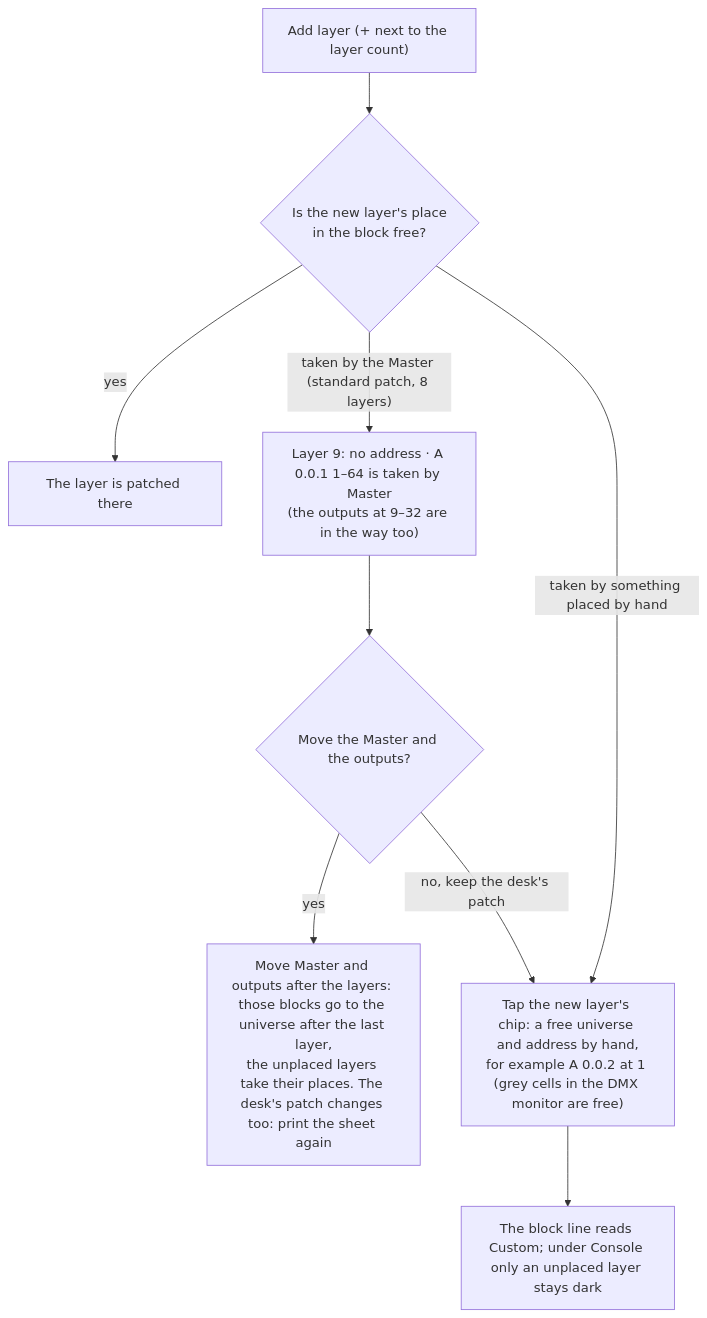
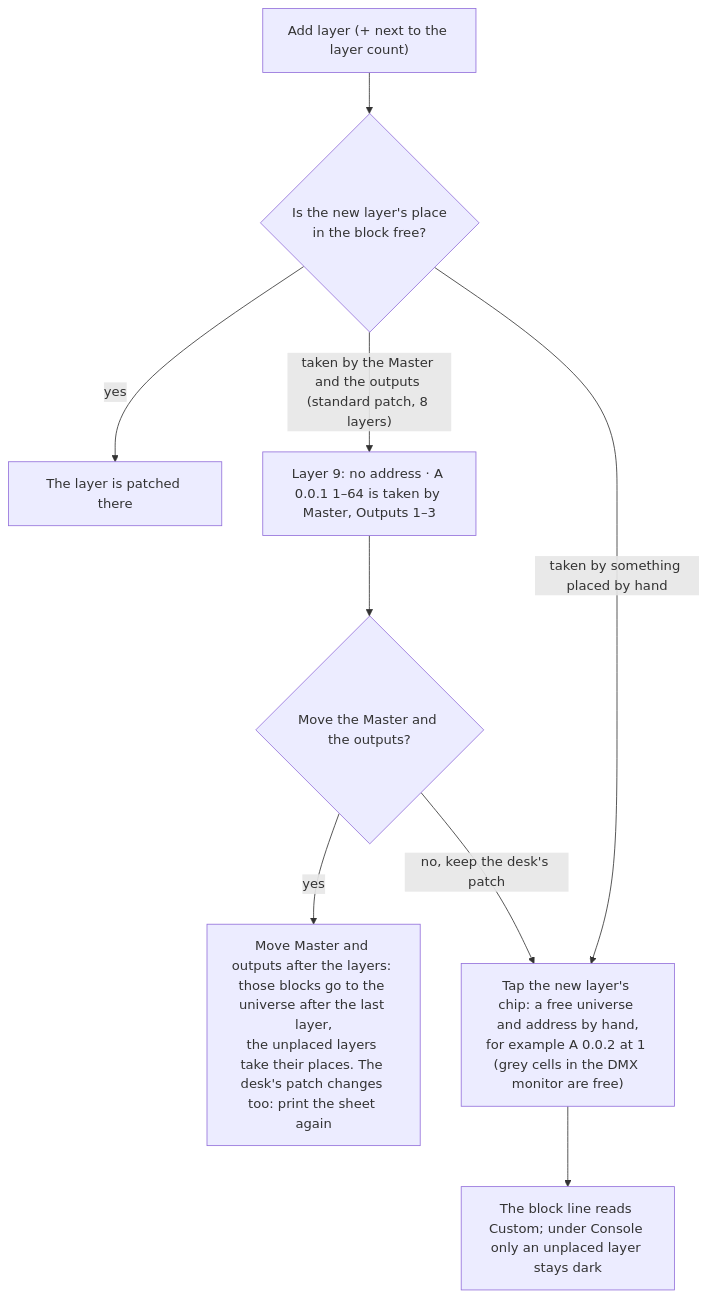
One commit to Timdebruijn/fanous changed the fourth of 5 diagrams in docs/user/console-setup.md. Above: the diagram before and after it, drawn with Mermaid. The commit also changed other lines of this file and 5 other files, not shown here.

First line of the commit message:
Name every fixture in a new layer's way (B168)

````diff
--- a/docs/user/console-setup.md
+++ b/docs/user/console-setup.md
@@ -342,11 +342,11 @@
 ```mermaid
 flowchart TD
   add["Add layer (+ next to the layer count)"] --> free{"Is the new layer's place<br>in the block free?"}
   free -- yes --> placed["The layer is patched there"]
-  free -- "taken by the Master (standard patch, 8 layers)" --> note["Layer 9: no address · A 0.0.1 1–64 is taken by Master<br>(the outputs at 9–32 are in the way too)"]
+  free -- "taken by the Master and the outputs (standard patch, 8 layers)" --> note["Layer 9: no address · A 0.0.1 1–64 is taken by Master, Outputs 1–3"]
   note --> move{"Move the Master and the outputs?"}
   move -- yes --> moved["Move Master and outputs after the layers: those blocks go to the universe after the last layer,<br>the unplaced layers take their places. The desk's patch changes too: print the sheet again"]
   move -- "no, keep the desk's patch" --> hand["Tap the new layer's chip: a free universe and address by hand,<br>for example A 0.0.2 at 1 (grey cells in the DMX monitor are free)"]
   free -- "taken by something placed by hand" --> hand
   hand --> custom["The block line reads Custom; under Console only an unplaced layer stays dark"]
 ```
````
